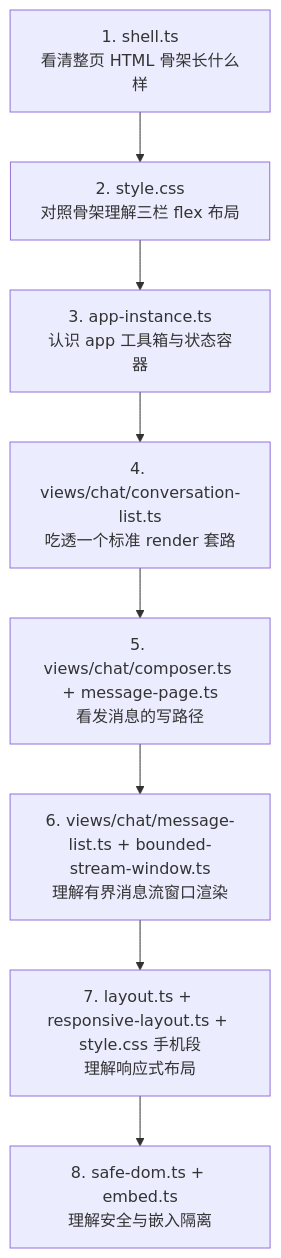
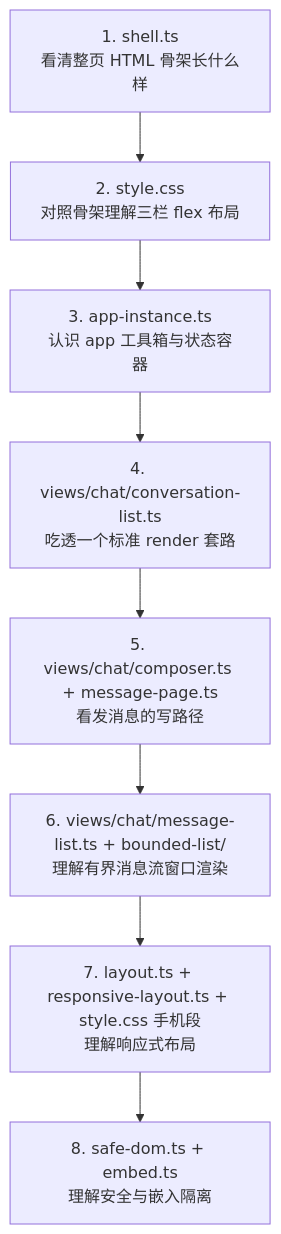
One commit to dacez/yimsg changed the fifth of 6 diagrams in packages/uikit/docs/UIKit阅读指南.md. Above: the diagram before and after it, drawn with Mermaid. The commit also changed other lines of this file and 36 other files, not shown here.

First line of the commit message:
refactor(uikit): 用 BoundedList 组件替换所有旧的有界列表实现

````diff
--- a/packages/uikit/docs/UIKit阅读指南.md
+++ b/packages/uikit/docs/UIKit阅读指南.md
@@ -507,10 +507,10 @@
 ```mermaid
 flowchart TD
   A["1. shell.ts<br/>看清整页 HTML 骨架长什么样"] --> B["2. style.css<br/>对照骨架理解三栏 flex 布局"]
   B --> C["3. app-instance.ts<br/>认识 app 工具箱与状态容器"]
   C --> D["4. views/chat/conversation-list.ts<br/>吃透一个标准 render 套路"]
   D --> E["5. views/chat/composer.ts + message-page.ts<br/>看发消息的写路径"]
-  E --> F["6. views/chat/message-list.ts + bounded-stream-window.ts<br/>理解有界消息流窗口渲染"]
+  E --> F["6. views/chat/message-list.ts + bounded-list/<br/>理解有界消息流窗口渲染"]
   F --> G["7. layout.ts + responsive-layout.ts + style.css 手机段<br/>理解响应式布局"]
   G --> H["8. safe-dom.ts + embed.ts<br/>理解安全与嵌入隔离"]
 ```
````
